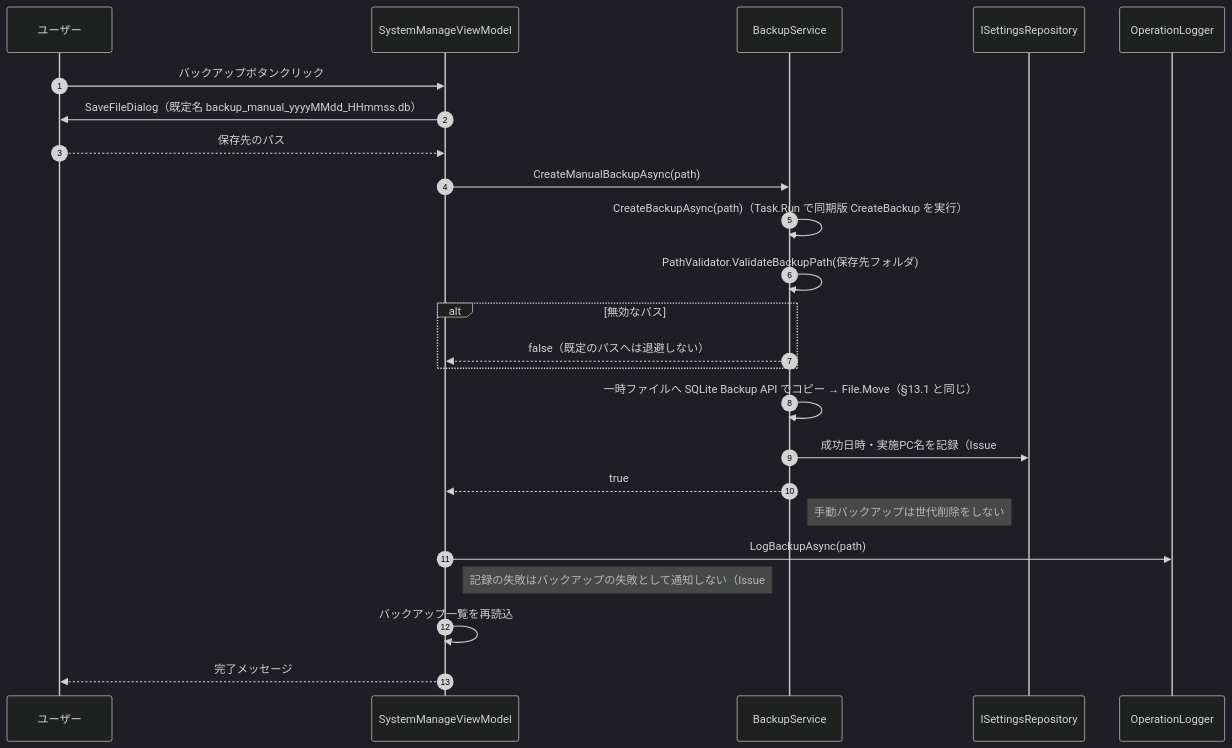
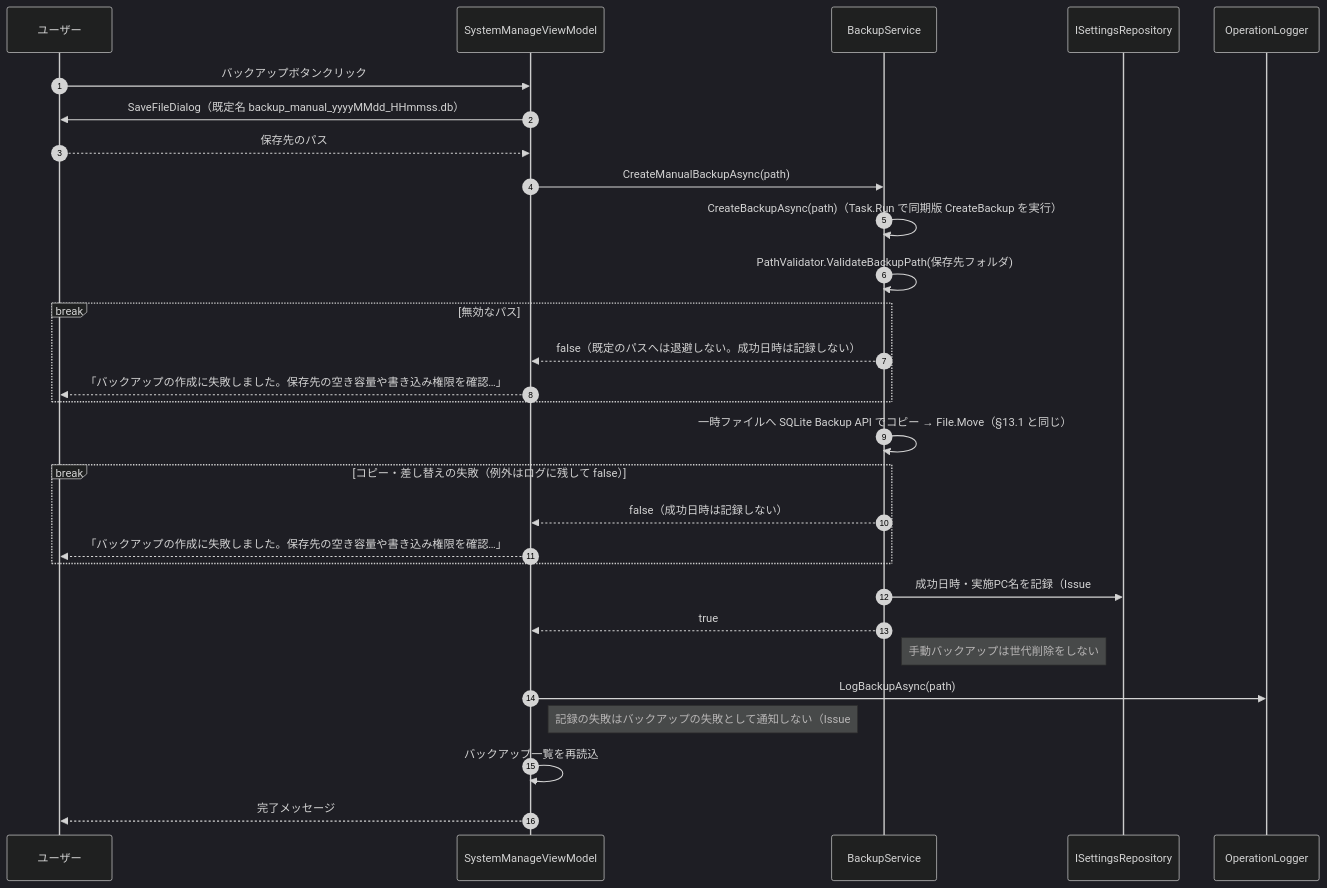
One commit to kuwayamamasayuki/ICCardManager changed diagram 13 of 17 in ICCardManager/docs/design/06_シーケンス図.md. Above: the diagram before and after it, drawn with Mermaid (dark theme). The commit also changed other lines of this file, not shown here.

First line of the commit message:
docs: シーケンス図のレビュー指摘 4 回目を反映した（#2310）

````diff
--- a/ICCardManager/docs/design/06_シーケンス図.md
+++ b/ICCardManager/docs/design/06_シーケンス図.md
@@ -898,29 +916,34 @@
 ```mermaid
 sequenceDiagram
     autonumber
     participant User as ユーザー
     participant VM as SystemManageViewModel
     participant BS as BackupService
     participant SR as ISettingsRepository
     participant OL as OperationLogger
 
     User->>VM: バックアップボタンクリック
     VM->>User: SaveFileDialog（既定名 backup_manual_yyyyMMdd_HHmmss.db）
     User-->>VM: 保存先のパス
 
     VM->>BS: CreateManualBackupAsync(path)
     BS->>BS: CreateBackupAsync(path)（Task.Run で同期版 CreateBackup を実行）
     BS->>BS: PathValidator.ValidateBackupPath(保存先フォルダ)
-    alt 無効なパス
-        BS-->>VM: false（既定のパスへは退避しない）
+    break 無効なパス
+        BS-->>VM: false（既定のパスへは退避しない。成功日時は記録しない）
+        VM-->>User: 「バックアップの作成に失敗しました。保存先の空き容量や書き込み権限を確認…」
     end
     BS->>BS: 一時ファイルへ SQLite Backup API でコピー → File.Move（§13.1 と同じ）
+    break コピー・差し替えの失敗（例外はログに残して false）
+        BS-->>VM: false（成功日時は記録しない）
+        VM-->>User: 「バックアップの作成に失敗しました。保存先の空き容量や書き込み権限を確認…」
+    end
     BS->>SR: 成功日時・実施PC名を記録（Issue #2304。記録しないと BackupStale 警告が消えない）
     BS-->>VM: true
     Note right of BS: 手動バックアップは世代削除をしない
 
     VM->>OL: LogBackupAsync(path)
     Note right of VM: 記録の失敗はバックアップの失敗として通知しない（Issue #2130）
     VM->>VM: バックアップ一覧を再読込
     VM-->>User: 完了メッセージ
 ```
````
